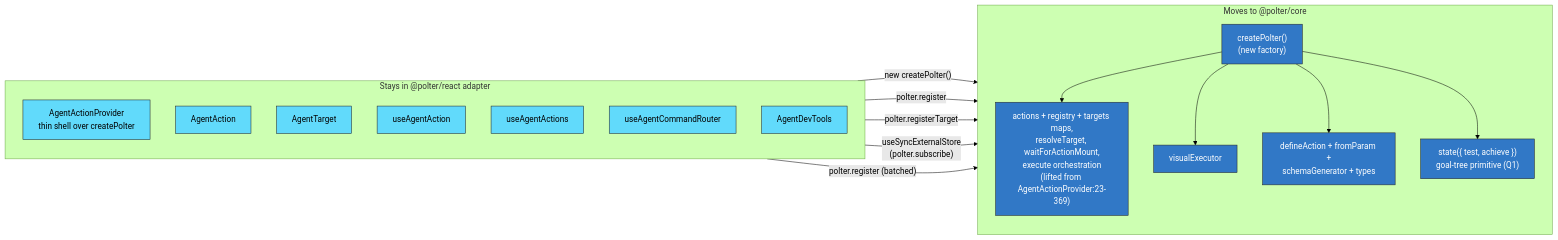
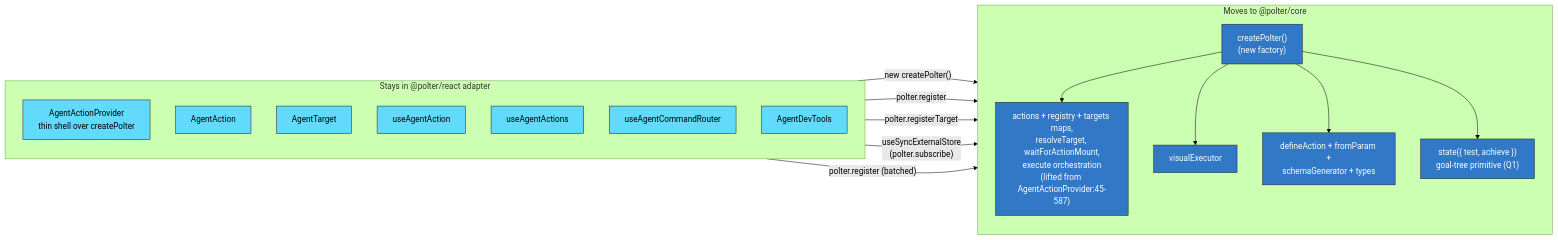
The second of 6 diagrams in docs/architecture.md (myDataValue/polter), drawn with Mermaid (forest theme) before and after one commit. The commit also changed other lines of this file, not shown here.

Commit message:
sync: import Polter from monorepo 94a7c26df71b
Source: myDataValue/monorepo@94a7c26df71b77878b3cc8ce5a483f10d622437b

````diff
--- a/docs/architecture.md
+++ b/docs/architecture.md
@@ -66,35 +66,35 @@
 ```mermaid
 flowchart LR
   classDef react fill:#61dafb,stroke:#222,color:#000
   classDef core fill:#3178c6,stroke:#222,color:#fff
 
   subgraph stays["Stays in @polter/react adapter"]
     direction TB
     Provider2[AgentActionProvider<br/>thin shell over createPolter]:::react
     AAction2[AgentAction]:::react
     ATarget2[AgentTarget]:::react
     UseAction2[useAgentAction]:::react
     UseActions2[useAgentActions]:::react
     UseRouter2[useAgentCommandRouter]:::react
     DevTools2[AgentDevTools]:::react
   end
 
   subgraph moves["Moves to @polter/core"]
     direction TB
     CreatePolter["createPolter()<br/>(new factory)"]:::core
-    RegistryLogic["actions + registry + targets maps,<br/>resolveTarget, waitForActionMount,<br/>execute orchestration<br/>(lifted from AgentActionProvider:23-369)"]:::core
+    RegistryLogic["actions + registry + targets maps,<br/>resolveTarget, waitForActionMount,<br/>execute orchestration<br/>(lifted from AgentActionProvider:45-587)"]:::core
     Exec2[visualExecutor]:::core
     Core2["defineAction + fromParam +<br/>schemaGenerator + types"]:::core
     GoalTree["state({ test, achieve })<br/>goal-tree primitive (Q1)"]:::core
   end
 
   Provider2 -->|"new createPolter()"| CreatePolter
   AAction2 -->|"polter.register"| CreatePolter
   ATarget2 -->|"polter.registerTarget"| CreatePolter
   UseActions2 -->|"useSyncExternalStore<br/>(polter.subscribe)"| CreatePolter
   UseAction2 -->|"polter.register (batched)"| CreatePolter
   CreatePolter --> RegistryLogic
   CreatePolter --> Exec2
   CreatePolter --> Core2
   CreatePolter --> GoalTree
 ```
````
